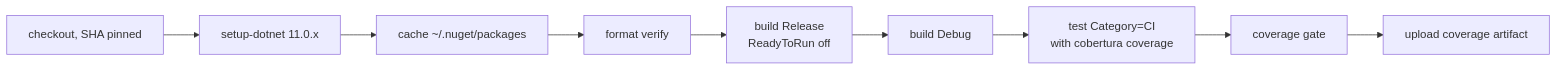
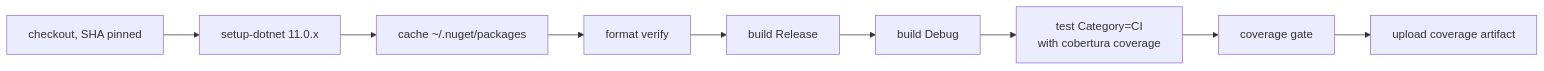
The second of 2 diagrams in docs/architecture/deployment.md (e128/dotnet-reference), drawn with Mermaid before and after one commit. The commit also changed 32 other files, not shown here.

````diff
--- a/docs/architecture/deployment.md
+++ b/docs/architecture/deployment.md
@@ -55,11 +55,11 @@
 ```mermaid
 flowchart LR
   co["checkout, SHA pinned"] --> sdk["setup-dotnet 11.0.x"]
   sdk --> cache["cache ~/.nuget/packages"]
   cache --> fmt["format verify"]
-  fmt --> rel["build Release<br/>ReadyToRun off"]
+  fmt --> rel["build Release"]
   rel --> dbg["build Debug"]
   dbg --> tst["test Category=CI<br/>with cobertura coverage"]
   tst --> gate["coverage gate"]
   gate --> up["upload coverage artifact"]
 ```
````
